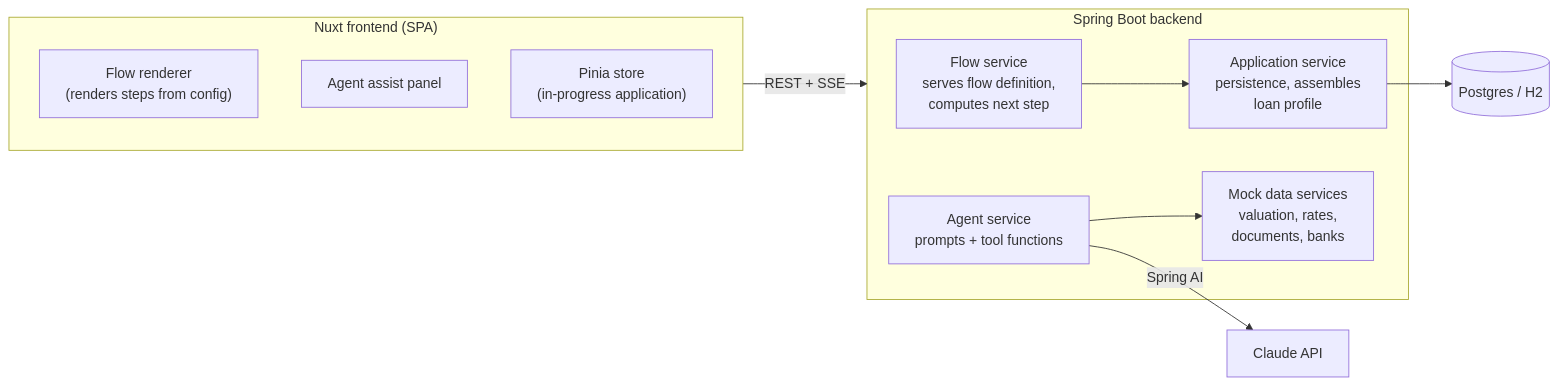
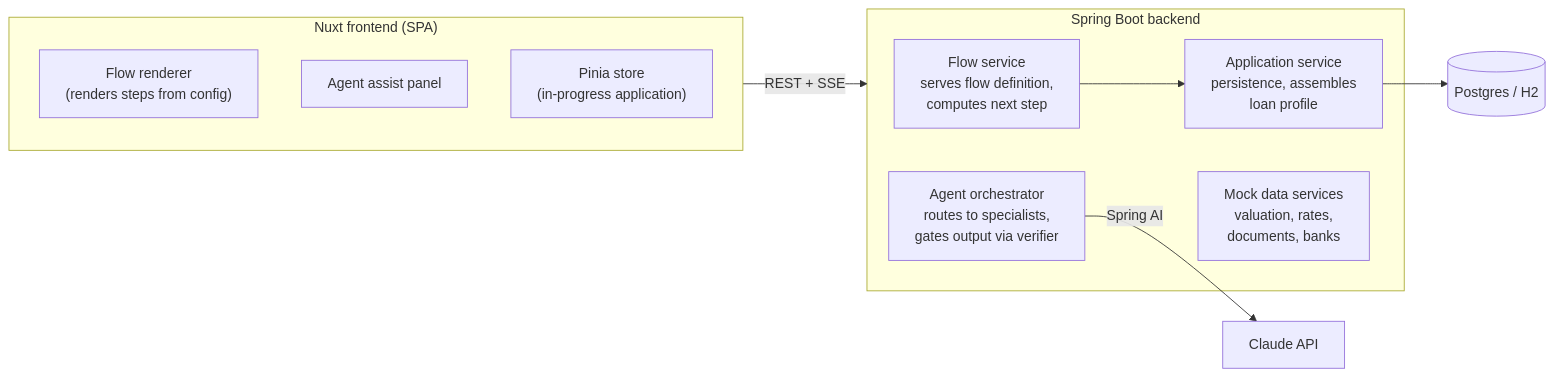
Before and after one commit to k4ska/Intelligent-Mortgage-Journey: the diagram in README.md, drawn with Mermaid. The commit also changed other lines of this file and 2 other files, not shown here.

First line of the commit message:
Document the agent architecture and update READMEs to match reality

````diff
--- a/README.md
+++ b/README.md
@@ -67,24 +67,23 @@
 ```mermaid
 flowchart LR
     subgraph FE["Nuxt frontend (SPA)"]
         FR["Flow renderer<br/>(renders steps from config)"]
         AP["Agent assist panel"]
         ST["Pinia store<br/>(in-progress application)"]
     end
 
     subgraph BE["Spring Boot backend"]
         FLOW["Flow service<br/>serves flow definition,<br/>computes next step"]
         APP["Application service<br/>persistence, assembles<br/>loan profile"]
-        AGENT["Agent service<br/>prompts + tool functions"]
+        ORCH["Agent orchestrator<br/>routes to specialists,<br/>gates output via verifier"]
         MOCK["Mock data services<br/>valuation, rates,<br/>documents, banks"]
     end
 
     DB[("Postgres / H2")]
     CLAUDE["Claude API"]
 
     FE -- "REST + SSE" --> BE
-    AGENT -- "Spring AI" --> CLAUDE
+    ORCH -- "Spring AI" --> CLAUDE
     APP --> DB
-    AGENT --> MOCK
     FLOW --> APP
 ```
````
